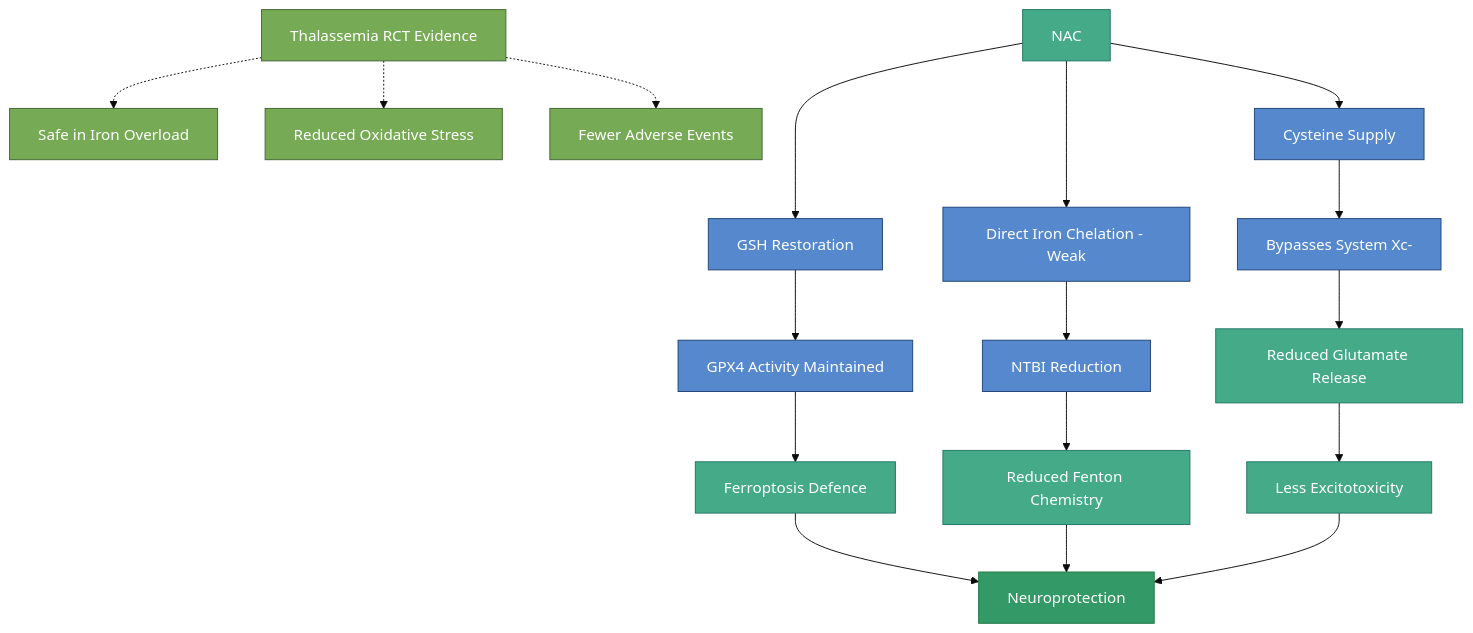
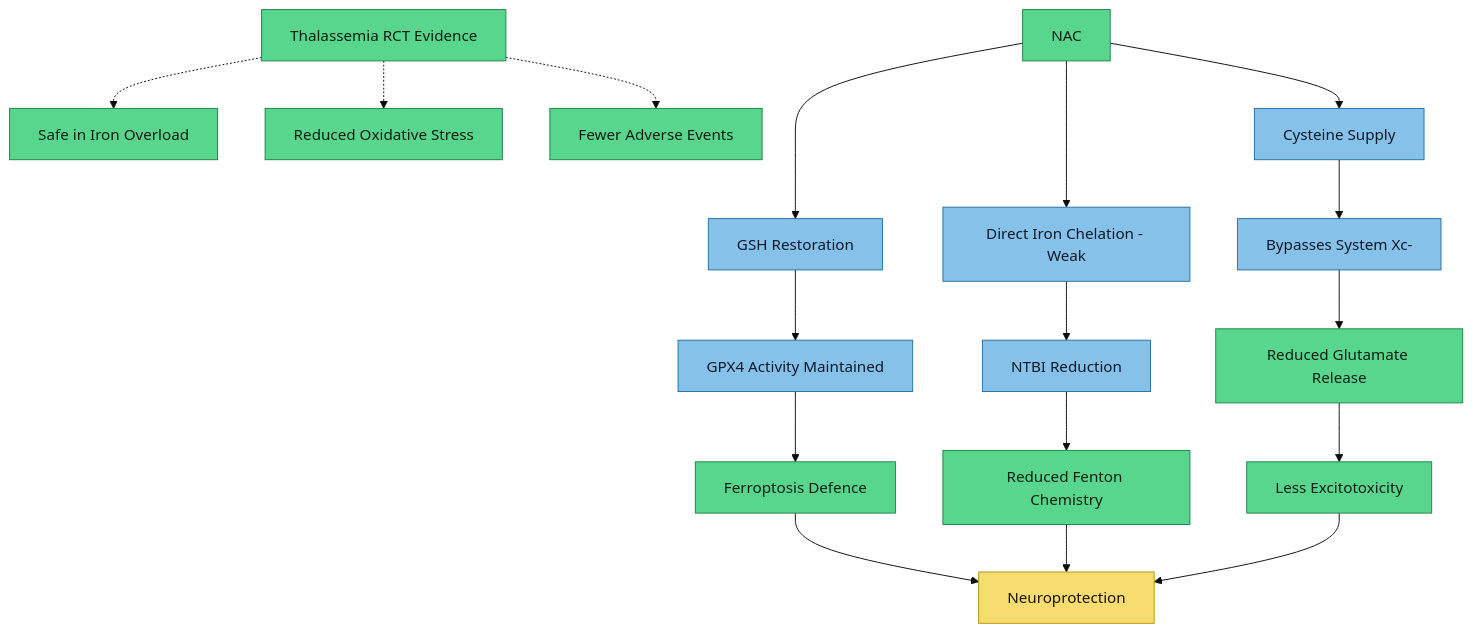
Before and after one commit to Aegis-commits/ag-hfe-adhd-asd-research: the diagram in research/NAC and Iron Metabolism.md, drawn with Mermaid (base theme). The commit also changed 39 other files, not shown here.

First line of the commit message:
docs(vault): standardise diagram colours for light-mode readability, add MOC quick nav

````diff
--- a/research/NAC and Iron Metabolism.md
+++ b/research/NAC and Iron Metabolism.md
@@ -34,35 +34,35 @@
 ```mermaid
 flowchart TD
     A["NAC"] --> B["GSH Restoration"]
     A --> C["Direct Iron Chelation - Weak"]
     A --> D["Cysteine Supply"]
 
     B --> E["GPX4 Activity Maintained"]
     E --> F["Ferroptosis Defence"]
 
     C --> G["NTBI Reduction"]
     G --> H["Reduced Fenton Chemistry"]
 
     D --> I["Bypasses System Xc-"]
     I --> J["Reduced Glutamate Release"]
     J --> K["Less Excitotoxicity"]
 
     L["Thalassemia RCT Evidence"] -.-> M["Safe in Iron Overload"]
     L -.-> N["Reduced Oxidative Stress"]
     L -.-> O["Fewer Adverse Events"]
 
     F --> P["Neuroprotection"]
     H --> P
     K --> P
 
-    classDef protective fill:#4a8,color:#fff,stroke:#276
-    classDef mechanism fill:#58c,color:#fff,stroke:#247
-    classDef evidence fill:#7a5,color:#fff,stroke:#463
-    classDef outcome fill:#396,color:#fff,stroke:#274
+    classDef protective fill:#58d68d,stroke:#1e8449,color:#0a1f12
+    classDef mechanism fill:#85c1e9,stroke:#2471a3,color:#0a1929
+    classDef evidence fill:#58d68d,stroke:#1e8449,color:#0a1f12
+    classDef outcome fill:#f7dc6f,stroke:#b7950b,color:#1a1400
 
     class A protective
     class B,C,D,E,G,I mechanism
     class F,H,J,K protective
     class L,M,N,O evidence
     class P outcome
 ```
````
